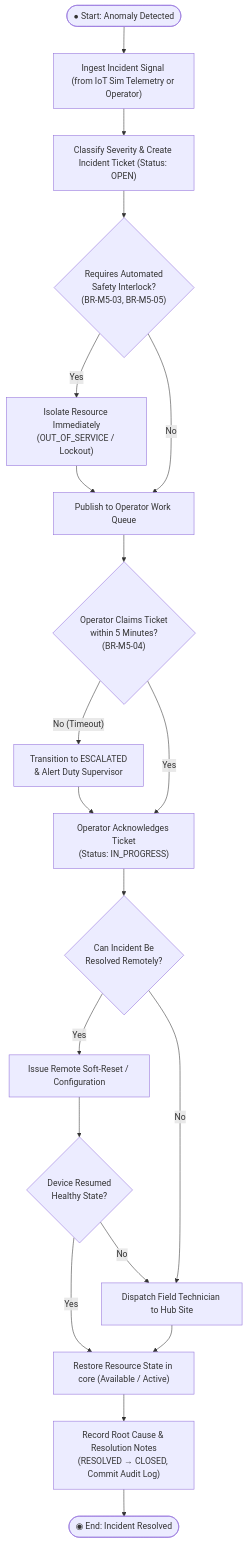
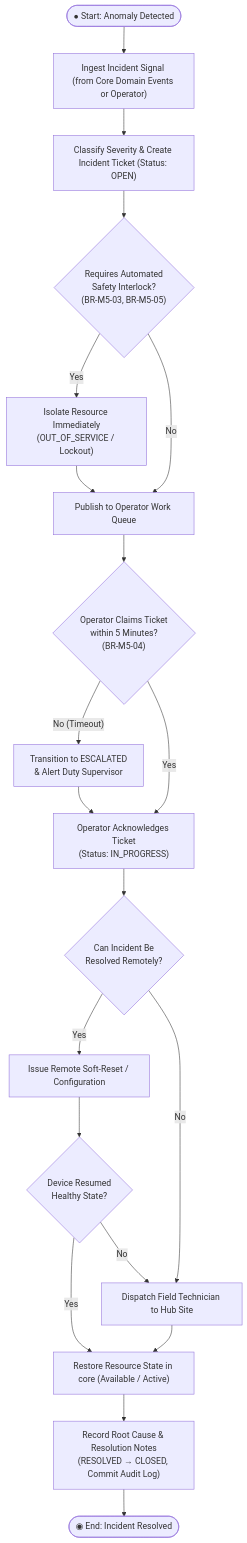
One commit to MabC06/smart-e-mobility-hub changed the first of 2 diagrams in docs/report/05-behavioral-design.md. Above: the diagram before and after it, drawn with Mermaid. The commit also changed other lines of this file and 8 other files, not shown here.

````diff
--- a/docs/report/05-behavioral-design.md
+++ b/docs/report/05-behavioral-design.md
@@ -151,27 +151,27 @@
 ```mermaid
 flowchart TD
-    START(["● Start: Anomaly Detected"]) --> INTAKE["Ingest Incident Signal (from IoT Sim Telemetry or Operator)"]
+    START(["● Start: Anomaly Detected"]) --> INTAKE["Ingest Incident Signal (from Core Domain Events or Operator)"]
     INTAKE --> CREATE["Classify Severity & Create Incident Ticket (Status: OPEN)"]
 
     CREATE --> COND_INTERLOCK{"Requires Automated<br/>Safety Interlock?<br/>(BR-M5-03, BR-M5-05)"}
     COND_INTERLOCK -->|"Yes"| LOCK["Isolate Resource Immediately<br/>(OUT_OF_SERVICE / Lockout)"]
     COND_INTERLOCK -->|"No"| ALERT["Publish to Operator Work Queue"]
     LOCK --> ALERT
 
     ALERT --> COND_TIME{"Operator Claims Ticket<br/>within 5 Minutes?<br/>(BR-M5-04)"}
     COND_TIME -->|"No (Timeout)"| ESCALATE["Transition to ESCALATED<br/>& Alert Duty Supervisor"]
     COND_TIME -->|"Yes"| CLAIM["Operator Acknowledges Ticket<br/>(Status: IN_PROGRESS)"]
     ESCALATE --> CLAIM
 
     CLAIM --> COND_FIX{"Can Incident Be<br/>Resolved Remotely?"}
     COND_FIX -->|"Yes"| RESET["Issue Remote Soft-Reset / Configuration"]
     COND_FIX -->|"No"| TECH["Dispatch Field Technician to Hub Site"]
 
     RESET --> VERIFY{"Device Resumed<br/>Healthy State?"}
     VERIFY -->|"Yes"| RESTORE["Restore Resource State in core (Available / Active)"]
     VERIFY -->|"No"| TECH
     TECH --> RESTORE
 
     RESTORE --> CLOSE["Record Root Cause & Resolution Notes<br/>(RESOLVED → CLOSED, Commit Audit Log)"]
     CLOSE --> END_NODE(["◉ End: Incident Resolved"])
 ```
````
